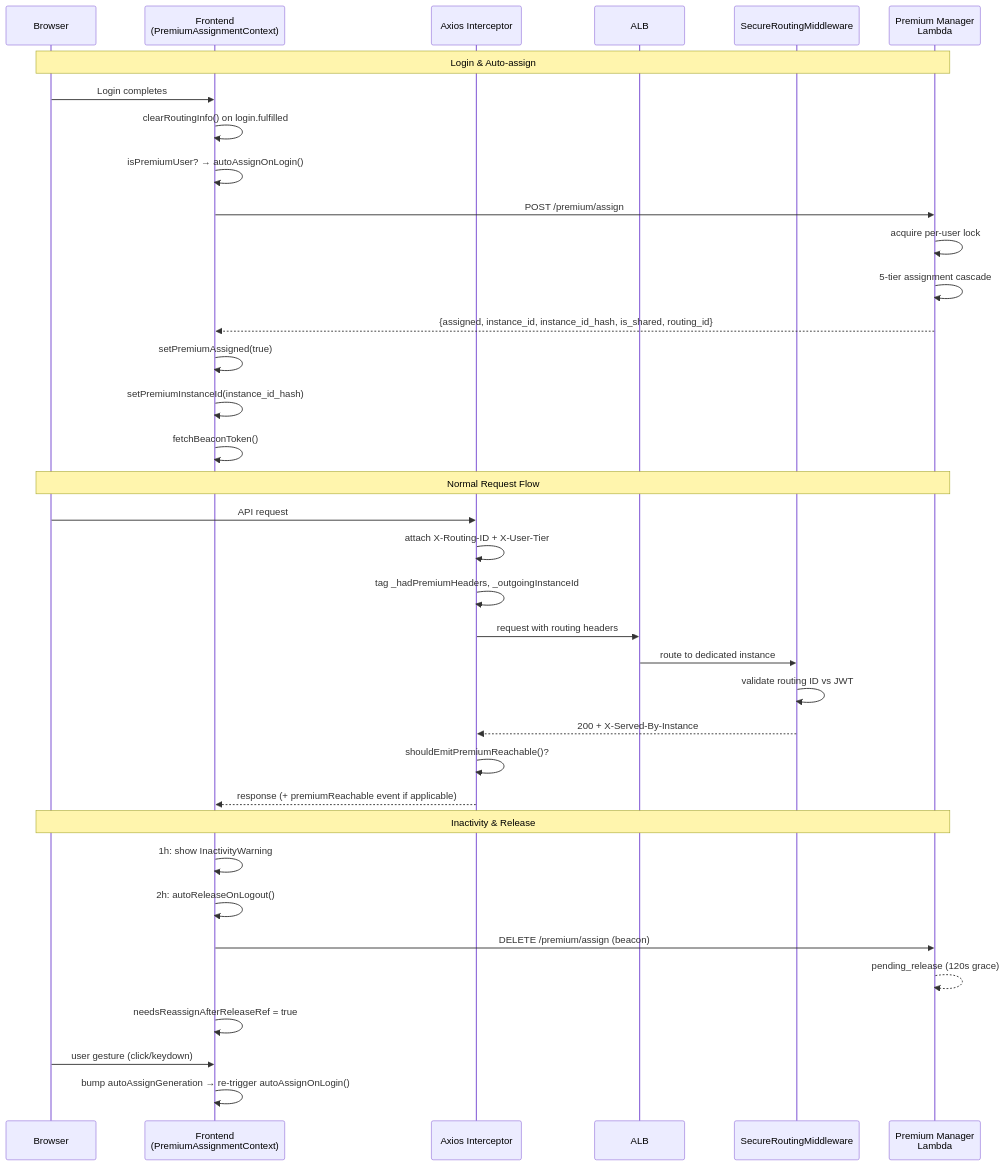
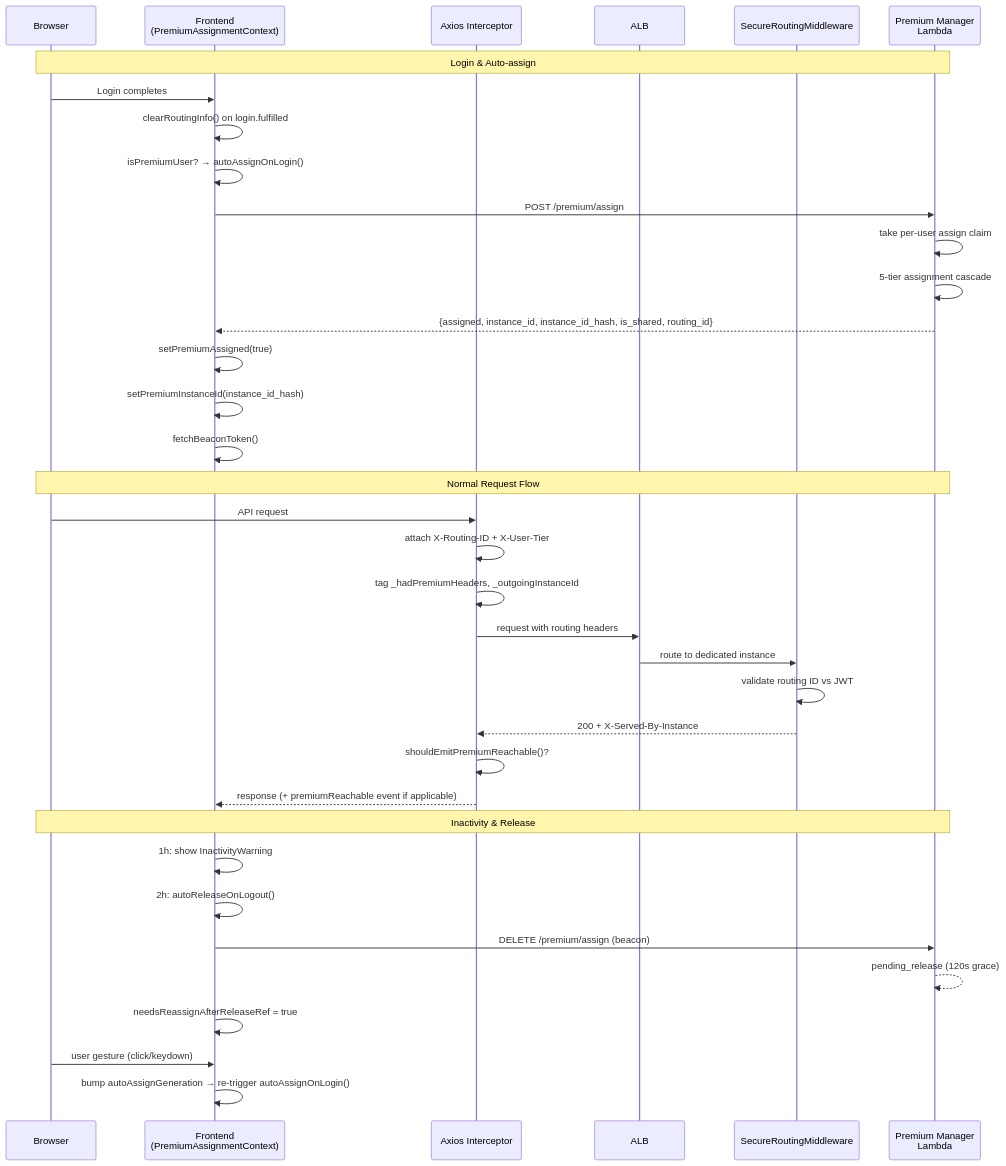
The first of 3 diagrams in infrastructure/documentation/PREMIUM_ROUTING_LIFECYCLE.md (arayabrain/araya-optinist), drawn with Mermaid before and after one commit. The commit also changed other lines of this file and 17 other files, not shown here.

````diff
--- a/infrastructure/documentation/PREMIUM_ROUTING_LIFECYCLE.md
+++ b/infrastructure/documentation/PREMIUM_ROUTING_LIFECYCLE.md
@@ -41,46 +41,46 @@
 ```mermaid
 sequenceDiagram
     participant User as Browser
     participant FE as Frontend<br/>(PremiumAssignmentContext)
     participant Axios as Axios Interceptor
     participant ALB as ALB
     participant MW as SecureRoutingMiddleware
     participant Lambda as Premium Manager<br/>Lambda
 
     Note over User,Lambda: Login & Auto-assign
 
     User->>FE: Login completes
     FE->>FE: clearRoutingInfo() on login.fulfilled
     FE->>FE: isPremiumUser? → autoAssignOnLogin()
 
     FE->>Lambda: POST /premium/assign
-    Lambda->>Lambda: acquire per-user lock
+    Lambda->>Lambda: take per-user assign claim
     Lambda->>Lambda: 5-tier assignment cascade
     Lambda-->>FE: {assigned, instance_id, instance_id_hash, is_shared, routing_id}
 
     FE->>FE: setPremiumAssigned(true)
     FE->>FE: setPremiumInstanceId(instance_id_hash)
     FE->>FE: fetchBeaconToken()
 
     Note over User,Lambda: Normal Request Flow
 
     User->>Axios: API request
     Axios->>Axios: attach X-Routing-ID + X-User-Tier
     Axios->>Axios: tag _hadPremiumHeaders, _outgoingInstanceId
     Axios->>ALB: request with routing headers
     ALB->>MW: route to dedicated instance
     MW->>MW: validate routing ID vs JWT
     MW-->>Axios: 200 + X-Served-By-Instance
     Axios->>Axios: shouldEmitPremiumReachable()?
     Axios-->>FE: response (+ premiumReachable event if applicable)
 
     Note over User,Lambda: Inactivity & Release
 
     FE->>FE: 1h: show InactivityWarning
     FE->>FE: 2h: autoReleaseOnLogout()
     FE->>Lambda: DELETE /premium/assign (beacon)
     Lambda-->>Lambda: pending_release (120s grace)
     FE->>FE: needsReassignAfterReleaseRef = true
     User->>FE: user gesture (click/keydown)
     FE->>FE: bump autoAssignGeneration → re-trigger autoAssignOnLogin()
 ```
````
